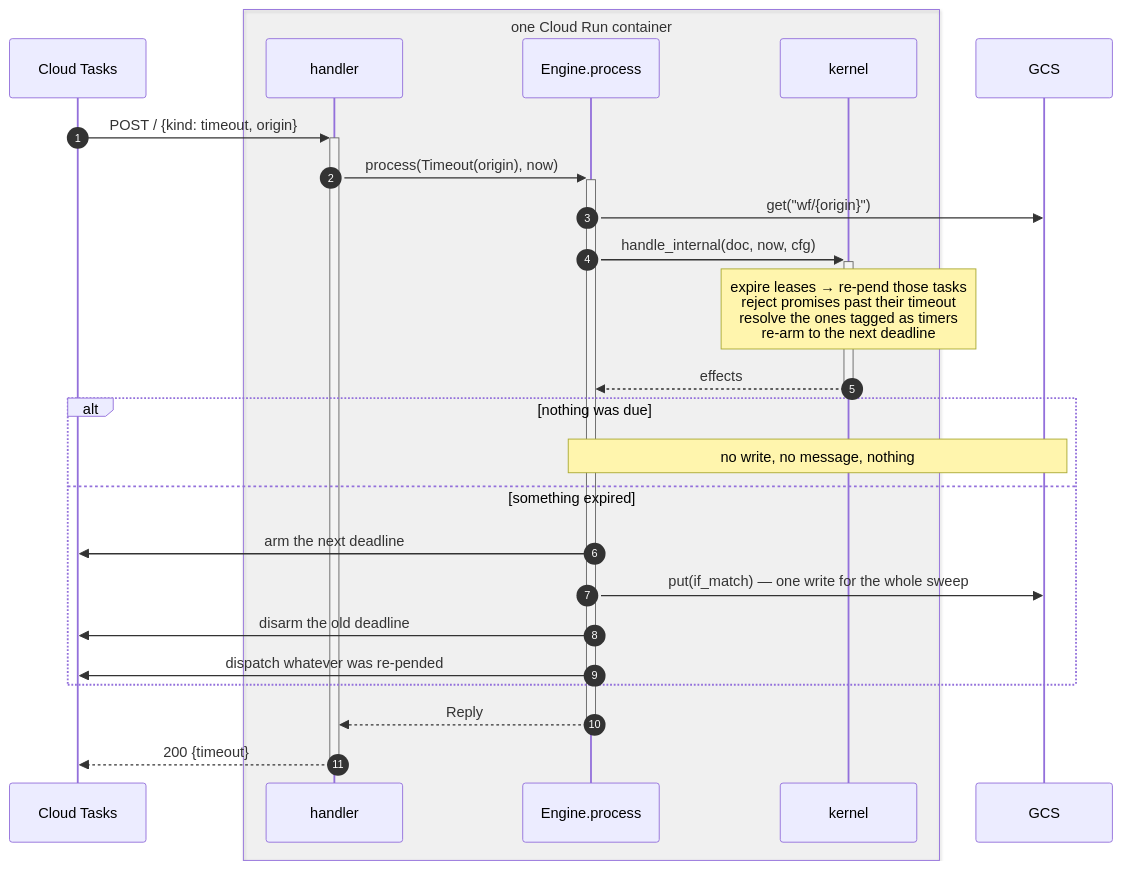
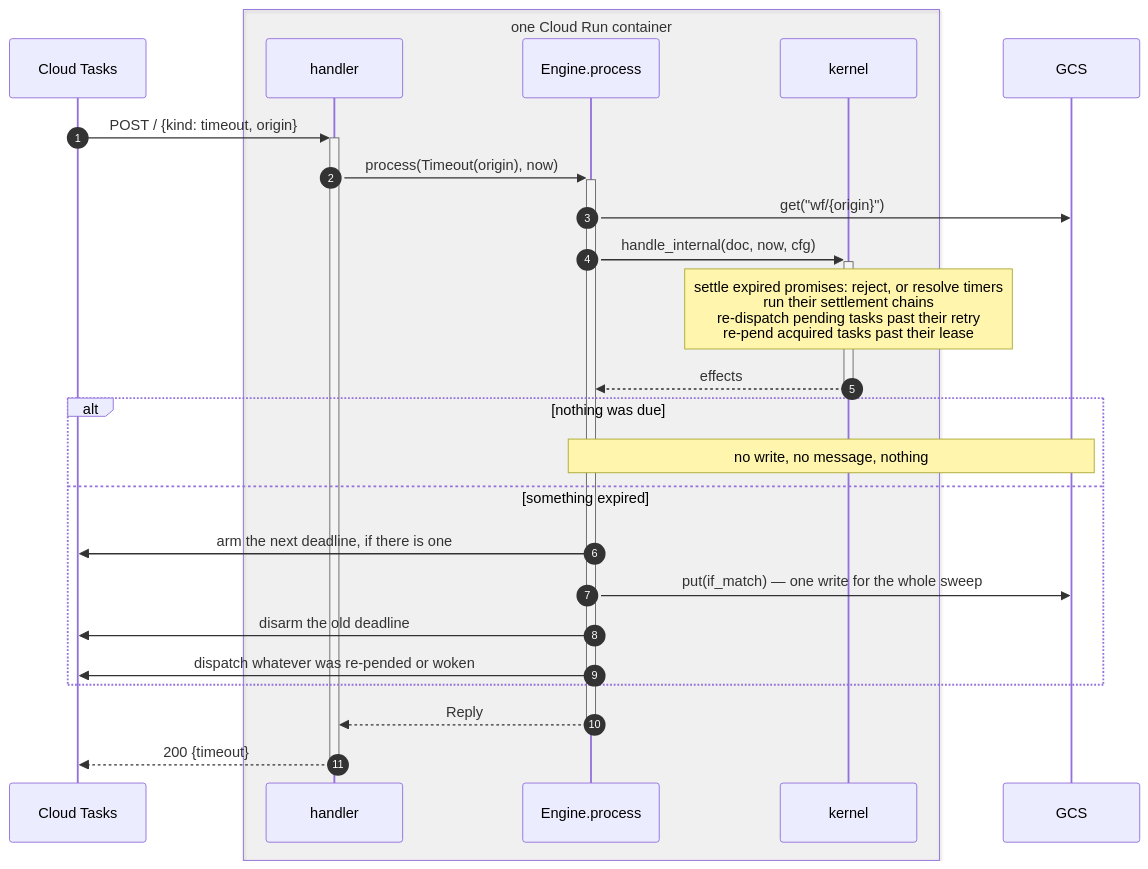
The fifth of 6 diagrams in code/final/SEQUENCE.md (resonatehq/durable-execution), drawn with Mermaid before and after one commit. The commit also changed other lines of this file and 8 other files, not shown here.

First line of the commit message:
Bring ARCHITECTURE, SEQUENCE, examples and live scripts up to date

````diff
--- a/code/final/SEQUENCE.md
+++ b/code/final/SEQUENCE.md
@@ -217,29 +219,29 @@
 ```mermaid
 sequenceDiagram
     autonumber
     participant Q as Cloud Tasks
     box rgba(128,128,128,0.08) one Cloud Run container
         participant H as handler
         participant E as Engine.process
         participant K as kernel
     end
     participant S as GCS
 
     Q->>+H: POST / {kind: timeout, origin}
     H->>+E: process(Timeout(origin), now)
     E->>S: get("wf/{origin}")
     E->>+K: handle_internal(doc, now, cfg)
-    Note over K: expire leases → re-pend those tasks<br/>reject promises past their timeout<br/>resolve the ones tagged as timers<br/>re-arm to the next deadline
+    Note over K: settle expired promises: reject, or resolve timers<br/>run their settlement chains<br/>re-dispatch pending tasks past their retry<br/>re-pend acquired tasks past their lease
     K-->>-E: effects
 
     alt nothing was due
         Note over E,S: no write, no message, nothing
     else something expired
-        E->>Q: arm the next deadline
+        E->>Q: arm the next deadline, if there is one
         E->>S: put(if_match) — one write for the whole sweep
         E->>Q: disarm the old deadline
-        E->>Q: dispatch whatever was re-pended
+        E->>Q: dispatch whatever was re-pended or woken
     end
     E-->>-H: Reply
     H-->>-Q: 200 {timeout}
 ```
````
